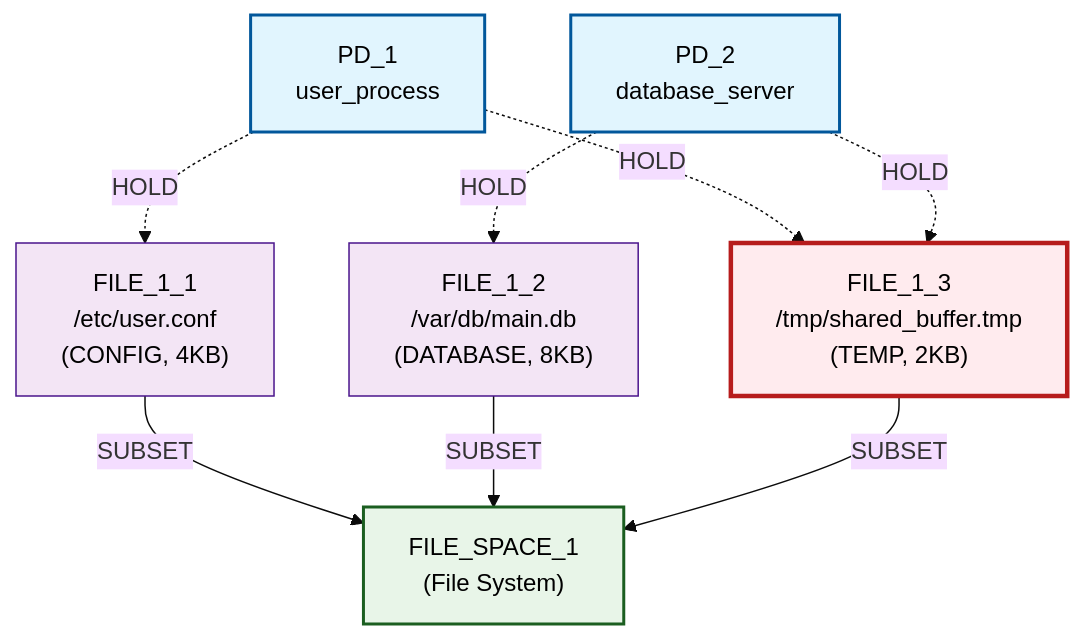
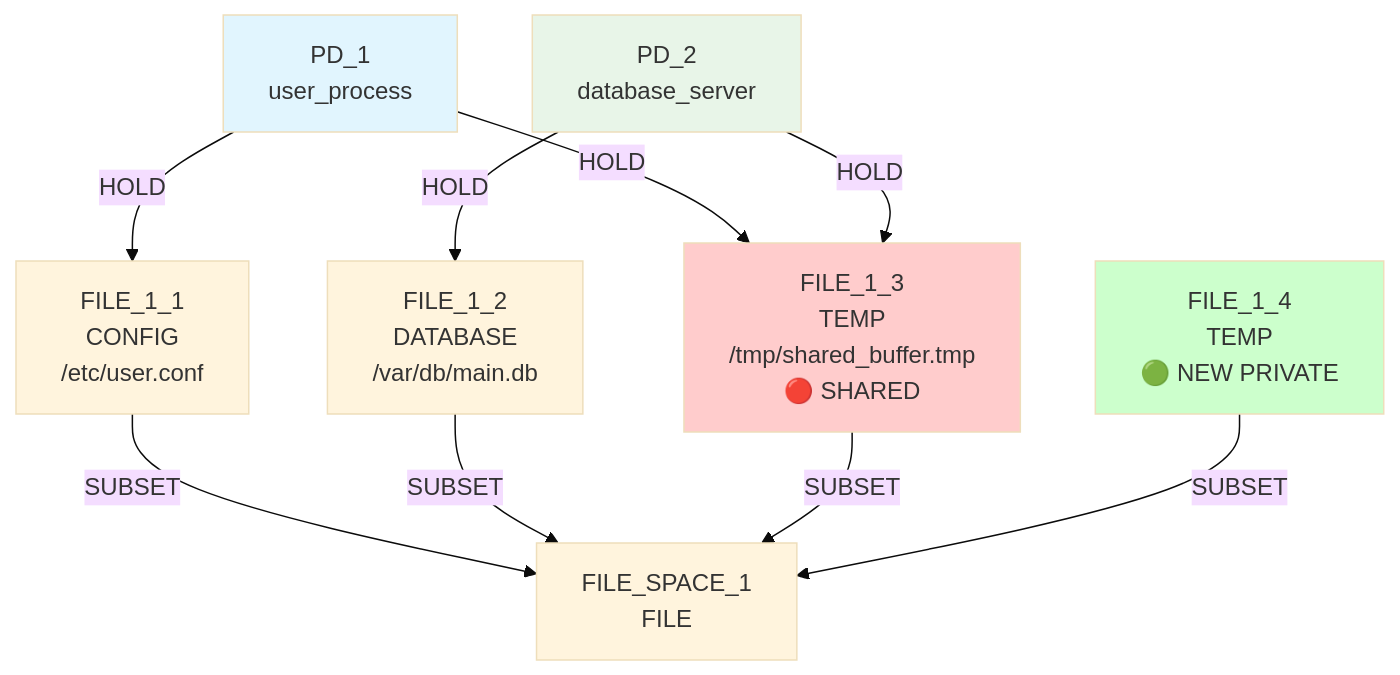
One commit to sid-agrawal/OSmosis changed the second of 4 diagrams in scripts/proc/submarine/new-results/basic_sharing_primitive_analysis.md. Above: the diagram before and after it, drawn with Mermaid (base theme). The commit also changed other lines of this file and 5 other files, not shown here.

First line of the commit message:
Update basic_sharing_primitive analysis with sequence coordination breakthrough

````diff
--- a/scripts/proc/submarine/new-results/basic_sharing_primitive_analysis.md
+++ b/scripts/proc/submarine/new-results/basic_sharing_primitive_analysis.md
@@ -142,36 +48,24 @@
 ```mermaid
 graph TD
-    %% Protection Domains
-    PD1["PD_1<br/>user_process"]
-    PD2["PD_2<br/>database_server"]
+    PD1[PD_1<br/>user_process] 
+    PD2[PD_2<br/>database_server]
+    FS[FILE_SPACE_1<br/>FILE]
+    F1[FILE_1_1<br/>CONFIG<br/>/etc/user.conf]
+    F2[FILE_1_2<br/>DATABASE<br/>/var/db/main.db] 
+    F3[FILE_1_3<br/>TEMP<br/>/tmp/shared_buffer.tmp<br/>🔴 SHARED]
+    F4[FILE_1_4<br/>TEMP<br/>🟢 NEW PRIVATE]
     
-    %% File Resources - unchanged
-    F11["FILE_1_1<br/>/etc/user.conf<br/>(CONFIG, 4KB)"]
-    F12["FILE_1_2<br/>/var/db/main.db<br/>(DATABASE, 8KB)"]
-    F13["FILE_1_3<br/>/tmp/shared_buffer.tmp<br/>(TEMP, 2KB)"]
+    PD1 -->|HOLD| F1
+    PD1 -->|HOLD| F3
+    PD2 -->|HOLD| F2
+    PD2 -->|HOLD| F3
+    F1 -->|SUBSET| FS
+    F2 -->|SUBSET| FS
+    F3 -->|SUBSET| FS
+    F4 -->|SUBSET| FS
     
-    %% File Space
-    FS1["FILE_SPACE_1<br/>(File System)"]
-    
-    %% HOLD edges - unchanged
-    PD1 -.->|HOLD| F11
-    PD1 -.->|HOLD| F13
-    PD2 -.->|HOLD| F12
-    PD2 -.->|HOLD| F13
-    
-    %% SUBSET edges - unchanged
-    F11 -->|SUBSET| FS1
-    F12 -->|SUBSET| FS1
-    F13 -->|SUBSET| FS1
-    
-    %% Styling
-    classDef pdNode fill:#e1f5fe,stroke:#01579b,stroke-width:2px,color:#000000
-    classDef fileNode fill:#f3e5f5,stroke:#4a148c,stroke-width:1px,color:#000000
-    classDef sharedFile fill:#ffebee,stroke:#b71c1c,stroke-width:3px,color:#000000
-    classDef spaceNode fill:#e8f5e8,stroke:#1b5e20,stroke-width:2px,color:#000000
-    
-    class PD1,PD2 pdNode
-    class F11,F12 fileNode
-    class F13 sharedFile
-    class FS1 spaceNode
+    style F3 fill:#ffcccc
+    style F4 fill:#ccffcc
+    style PD1 fill:#e1f5fe
+    style PD2 fill:#e8f5e8
 ```
````
